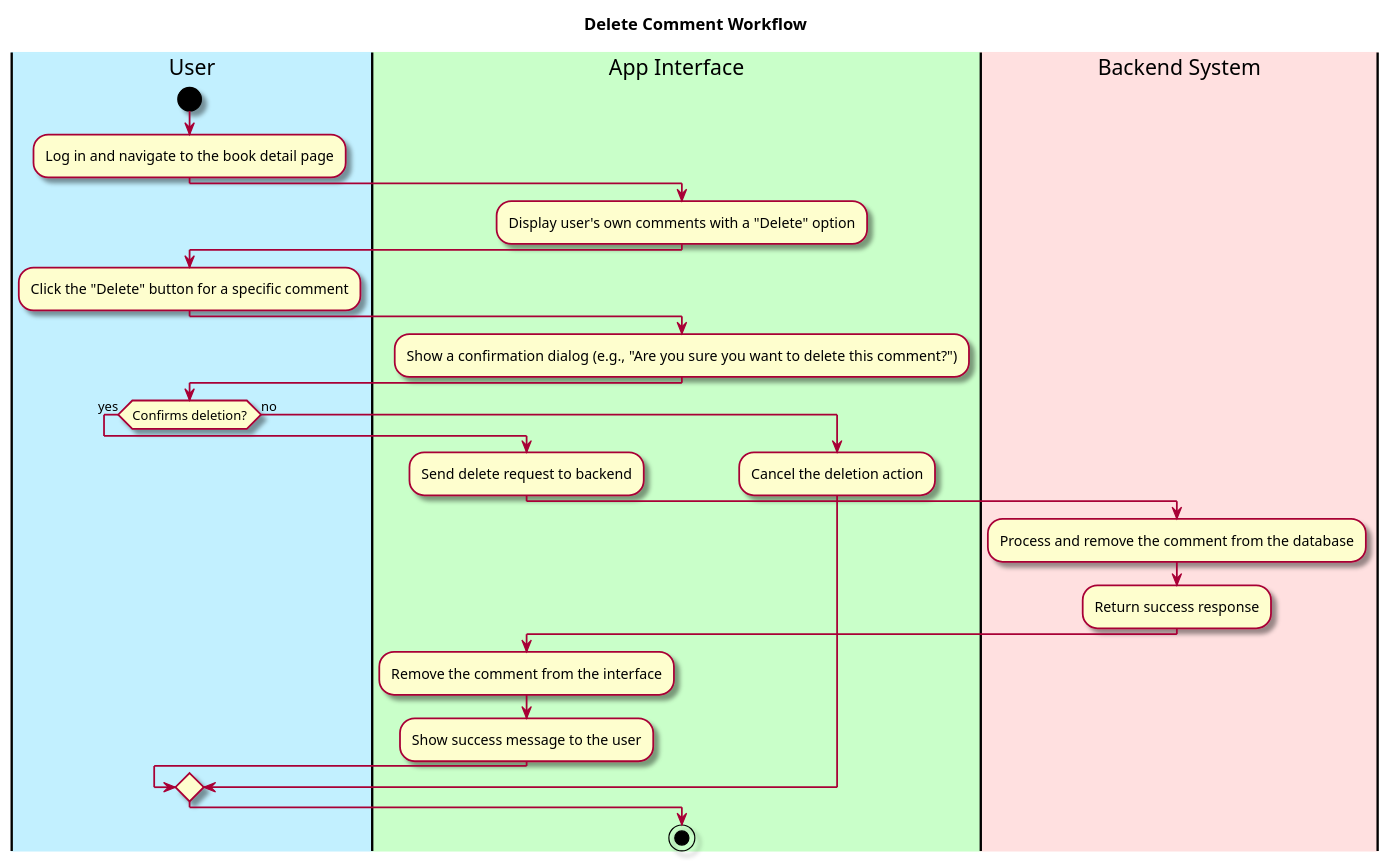
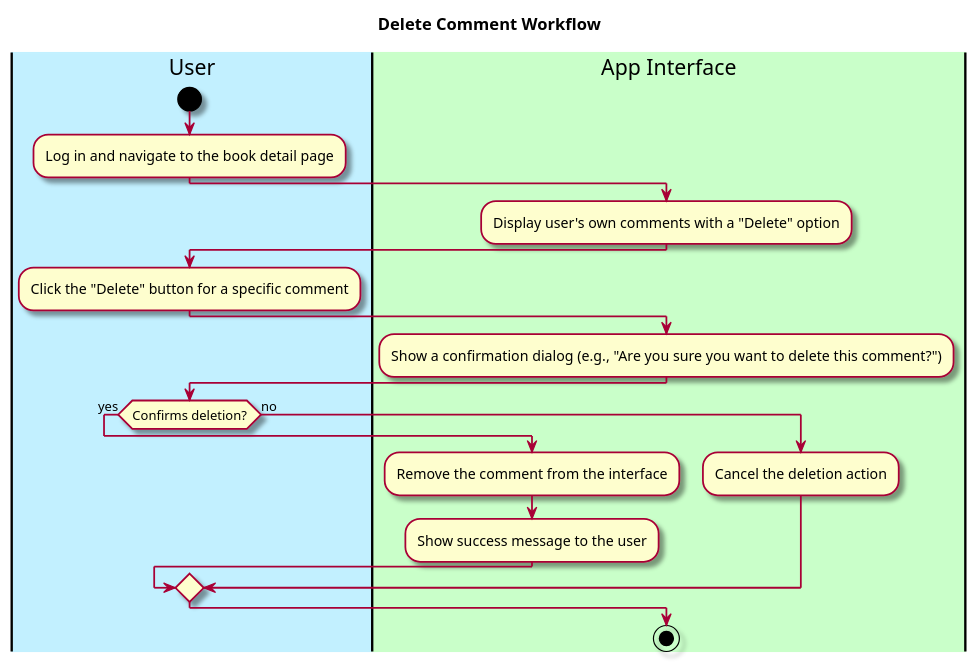
The third of 3 diagrams in intellij/doc/use-cases/comment-on-a-review.md (Khurshid03/team-2b), drawn with PlantUML before and after one commit. The commit also changed 4 other files, not shown here.

Commit message:
Edited the use-case file, specifically workflow diagrams

````diff
--- a/intellij/doc/use-cases/comment-on-a-review.md
+++ b/intellij/doc/use-cases/comment-on-a-review.md
@@ -160,43 +160,42 @@
 ```plantuml
 @startuml
 
 skin rose
 
 title Delete Comment Workflow
 
 |#application|User|
 |#technology|App Interface|
-|#Implementation|Backend System|
+
 
 |User|
 start
 :Log in and navigate to the book detail page;
 
 |App Interface|
 :Display user's own comments with a "Delete" option;
 
 |User|
 :Click the "Delete" button for a specific comment;
 
 |App Interface|
 :Show a confirmation dialog (e.g., "Are you sure you want to delete this comment?");
 
 |User|
 if (Confirms deletion?) then (yes)
-  |App Interface|
-  :Send delete request to backend;
-  |Backend System|
-  :Process and remove the comment from the database;
-  :Return success response;
+  
   |App Interface|
   :Remove the comment from the interface;
   :Show success message to the user;
+
 else (no)
-  |App Interface|
   :Cancel the deletion action;
-endif
+  
+  
+endif 
+stop
 
-stop
+
 
 @enduml
 ```
````
